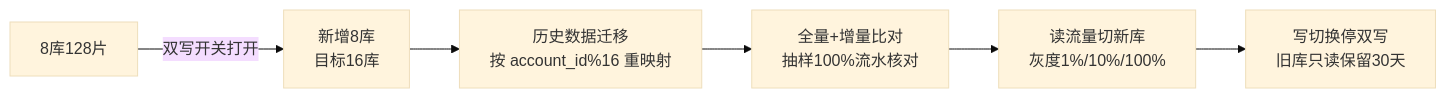
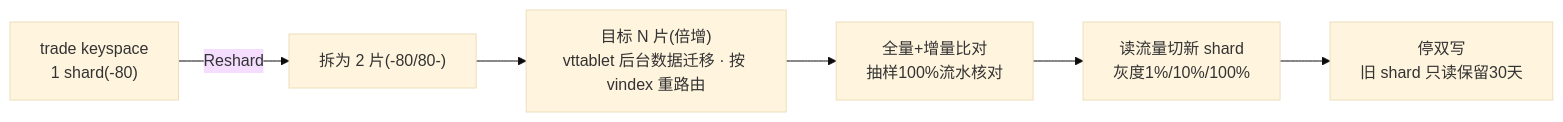
The fifth of 7 diagrams in docs/architecture/04-middleware-infrastructure.md (qifalab/euler-platform), drawn with Mermaid (base theme) before and after one commit. The commit also changed other lines of this file and 318 other files, not shown here.

````diff
--- a/docs/architecture/04-middleware-infrastructure.md
+++ b/docs/architecture/04-middleware-infrastructure.md
@@ -750,8 +742,8 @@
 ```mermaid
 flowchart LR
-    A[8库128片] -->|双写开关打开| B[新增8库<br/>目标16库]
-    B --> C[历史数据迁移<br/>按 account_id%16 重映射]
-    C --> D[全量+增量比对<br/>抽样100%流水核对]
-    D --> E[读流量切新库<br/>灰度1%/10%/100%]
-    E --> F[写切换停双写<br/>旧库只读保留30天]
+    A["trade keyspace<br/>1 shard(-80)"] -->|Reshard| B["拆为 2 片(-80/80-)"]
+    B --> C["目标 N 片(倍增)<br/>vttablet 后台数据迁移 · 按 vindex 重路由"]
+    C --> D["全量+增量比对<br/>抽样100%流水核对"]
+    D --> E["读流量切新 shard<br/>灰度1%/10%/100%"]
+    E --> F["停双写<br/>旧 shard 只读保留30天"]
 ```
````
